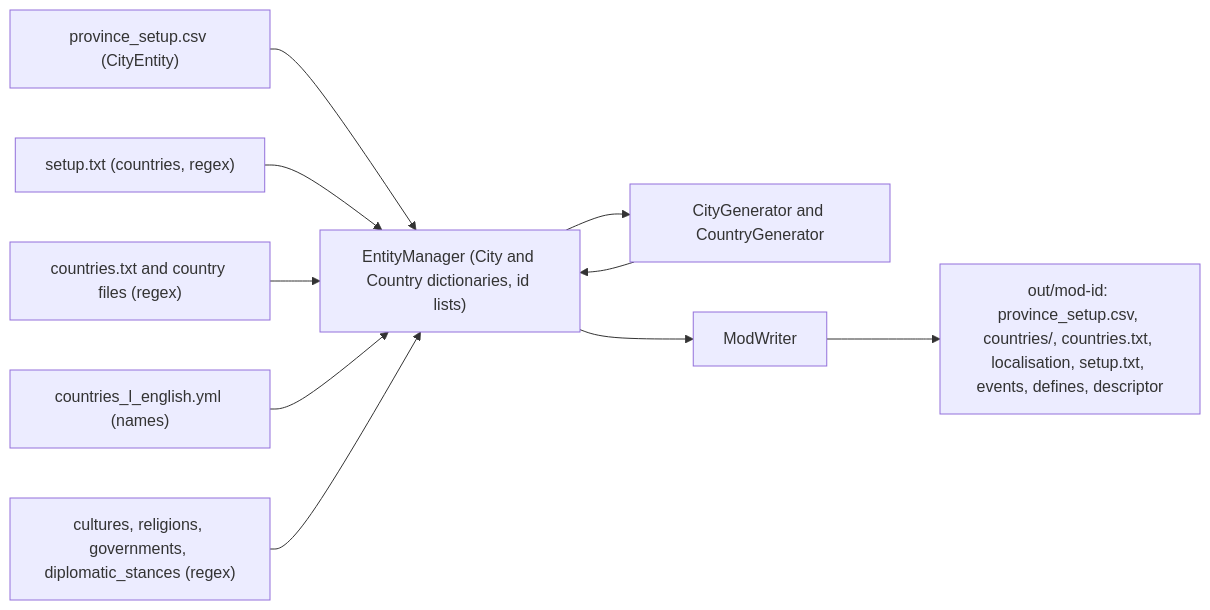
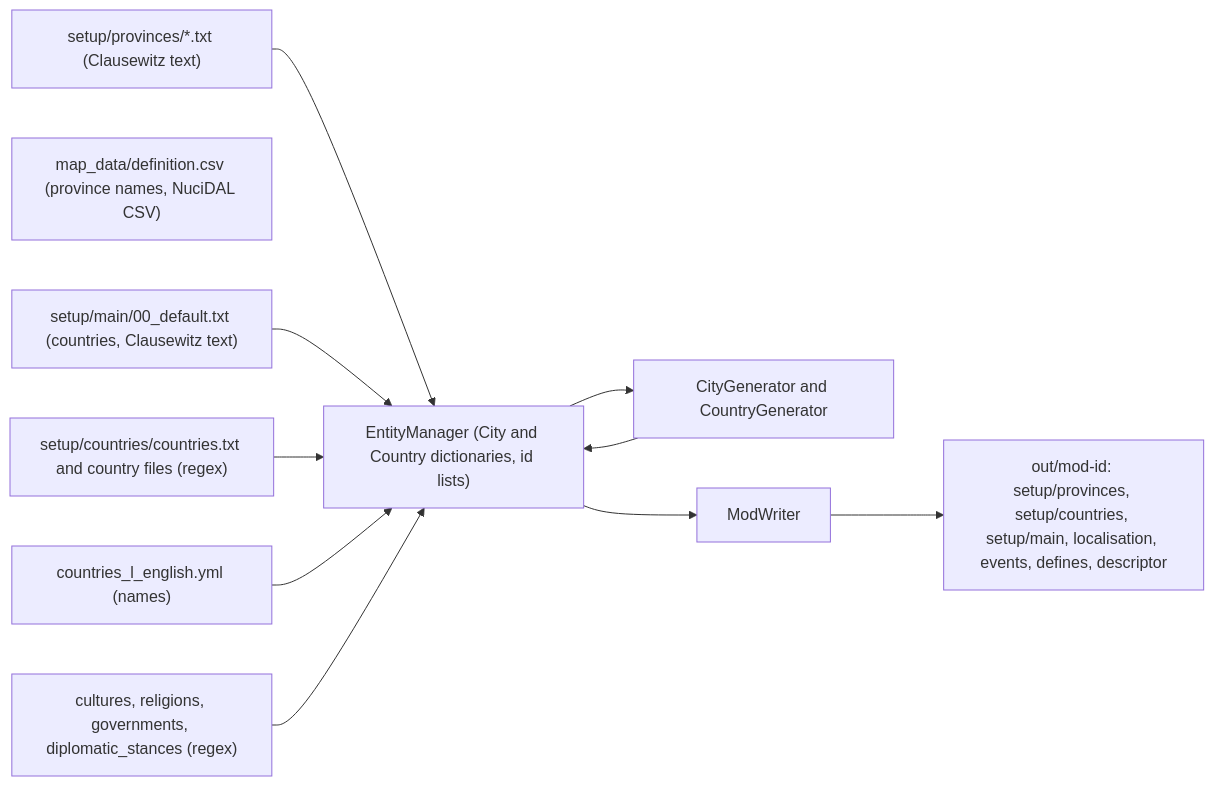
Before and after one commit to hmlendea/imperator-shattered-world-generator: the fourth of 8 diagrams in ARCHITECTURE.md, drawn with Mermaid. The commit also changed other lines of this file and 30 other files, not shown here.

````diff
--- a/ARCHITECTURE.md
+++ b/ARCHITECTURE.md
@@ -209,22 +211,23 @@
 ```mermaid
 flowchart LR
-    provinces["province_setup.csv (CityEntity)"]
-    setup["setup.txt (countries, regex)"]
-    countriesTxt["countries.txt and country files (regex)"]
+    provinces["setup/provinces/*.txt (Clausewitz text)"]
+    definitions["map_data/definition.csv (province names, NuciDAL CSV)"]
+    setup["setup/main/00_default.txt (countries, Clausewitz text)"]
+    countriesTxt["setup/countries/countries.txt and country files (regex)"]
     loc["countries_l_english.yml (names)"]
     dirs["cultures, religions, governments, diplomatic_stances (regex)"]
     entityManager["EntityManager (City and Country dictionaries, id lists)"]
     generators["CityGenerator and CountryGenerator"]
     writer["ModWriter"]
-    modFiles["out/mod-id: province_setup.csv, countries/, countries.txt, localisation, setup.txt, events, defines, descriptor"]
+    modFiles["out/mod-id: setup/provinces, setup/countries, setup/main, localisation, events, defines, descriptor"]
 
     provinces --> entityManager
     setup --> entityManager
     countriesTxt --> entityManager
     loc --> entityManager
     dirs --> entityManager
     entityManager --> generators
     generators --> entityManager
     entityManager --> writer
     writer --> modFiles
 ```
````
